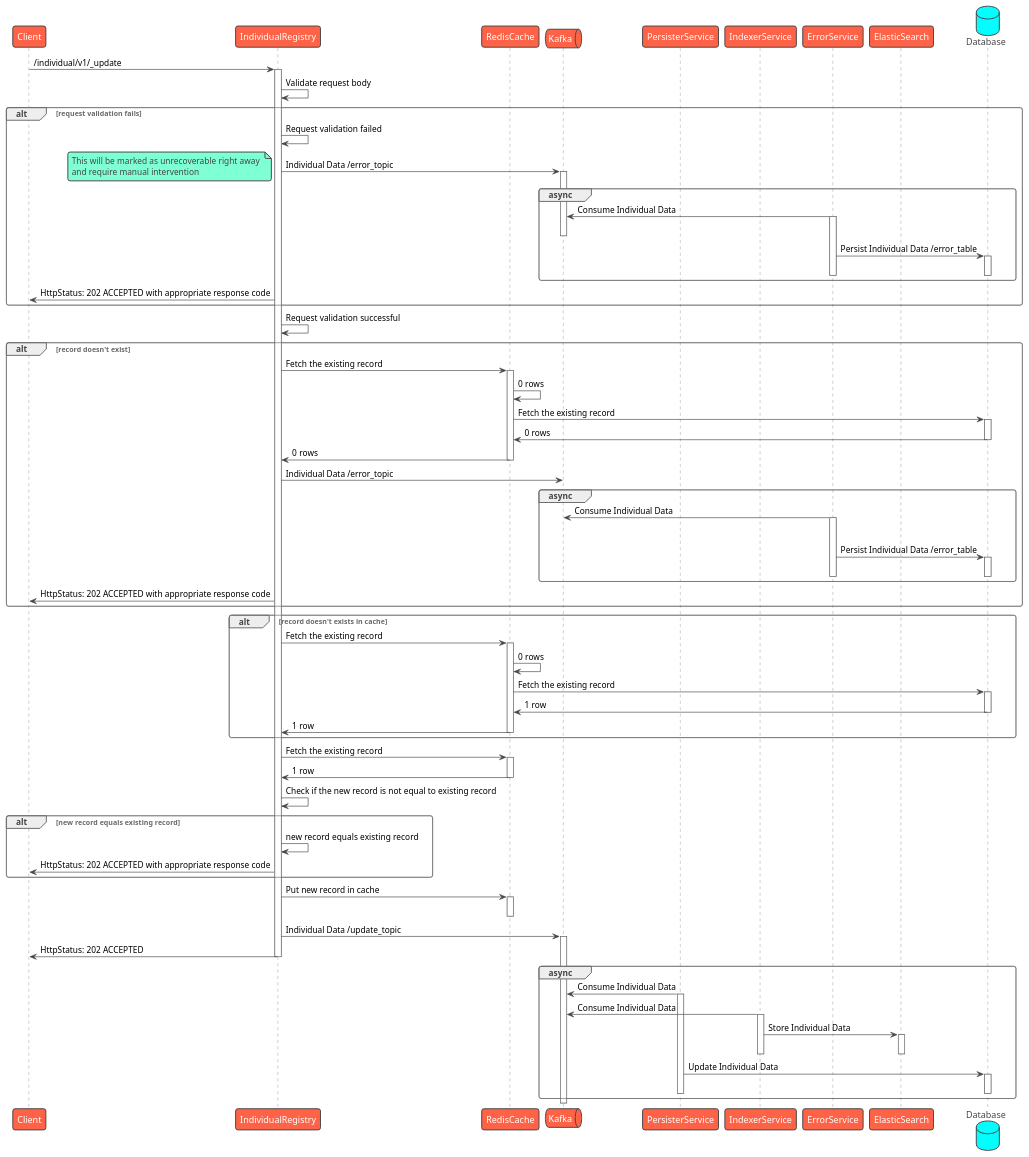
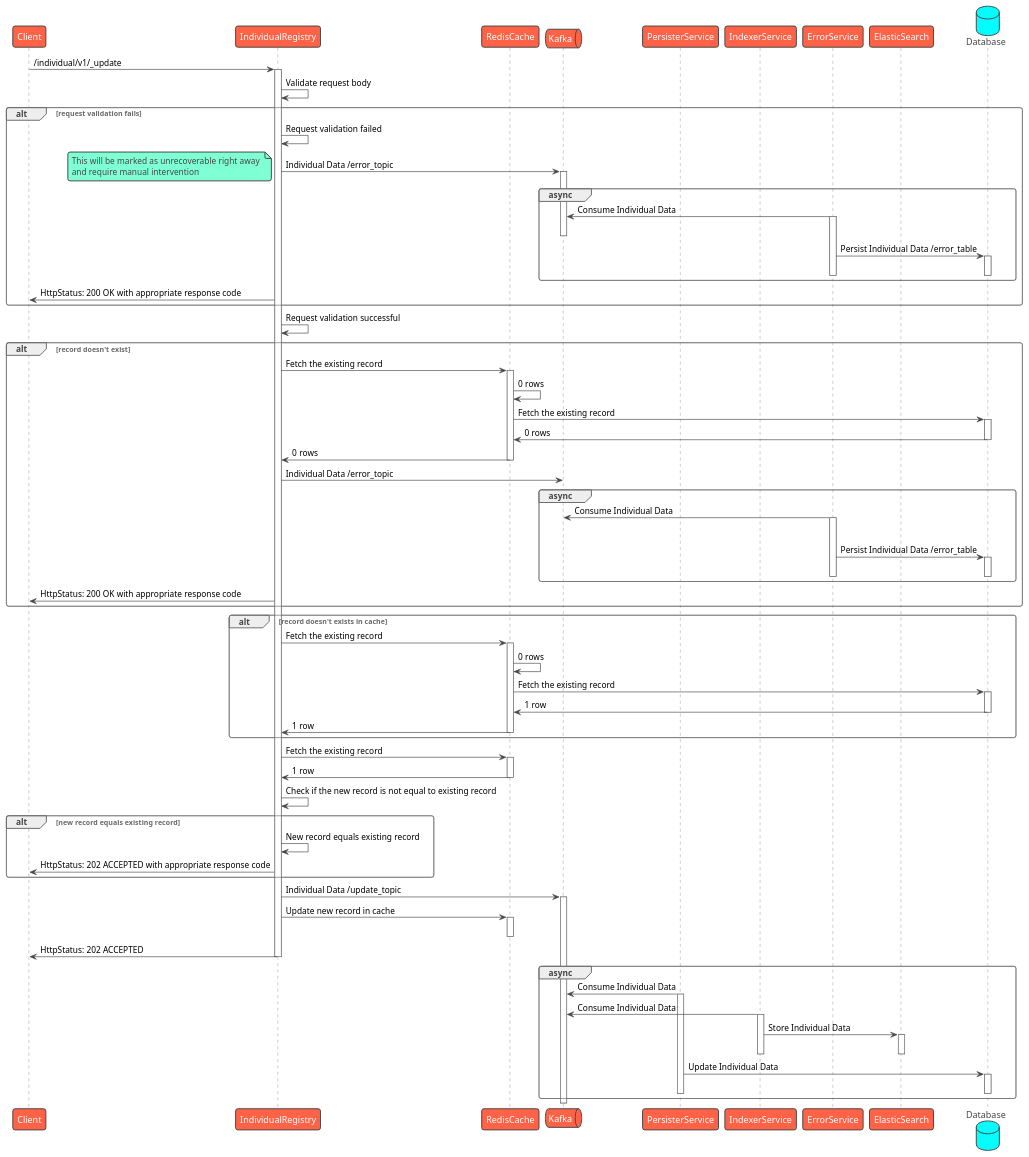
One commit to egovernments/health-api-specs changed the diagram in contracts/registries/individual/sequence/update.puml. Above: the diagram before and after it, drawn with PlantUML. The commit also changed 4 other files, not shown here.

Commit message:
Sequence: Sending 200 OK in case of any caught error

```diff
--- a/contracts/registries/individual/sequence/update.puml
+++ b/contracts/registries/individual/sequence/update.puml
@@ -1,99 +1,99 @@
 @startuml Individual Registry - Update
 !theme vibrant
 participant Client as c
 participant IndividualRegistry as ir
 participant RedisCache as rc
 queue Kafka as k
 participant PersisterService as prs
 participant IndexerService as idx
 participant ErrorService as es
 participant ElasticSearch as el
 database Database as db
 c -> ir : /individual/v1/_update
 activate ir
 ir -> ir: Validate request body
 alt request validation fails
     ir -> ir: Request validation failed
     ir -> k: Individual Data /error_topic
     note left
         This will be marked as unrecoverable right away 
         and require manual intervention
     end note
     activate k
     group async
         es -> k: Consume Individual Data
         activate es
         deactivate k
         es -> db: Persist Individual Data /error_table
         activate db
         deactivate db
         deactivate es
     end
-    ir -> c: HttpStatus: 202 ACCEPTED with appropriate response code
+    ir -> c: HttpStatus: 200 OK with appropriate response code
 end
 ir -> ir: Request validation successful
 alt record doesn't exist
     ir -> rc: Fetch the existing record
     activate rc
     rc -> rc: 0 rows
     rc -> db: Fetch the existing record
     activate db
     db -> rc: 0 rows
     deactivate db
     rc -> ir: 0 rows
     deactivate rc
     ir -> k: Individual Data /error_topic
     group async
         es -> k: Consume Individual Data
         activate es
         deactivate k
         es -> db: Persist Individual Data /error_table
         activate db
         deactivate db
         deactivate es
     end
-    ir -> c: HttpStatus: 202 ACCEPTED with appropriate response code
+    ir -> c: HttpStatus: 200 OK with appropriate response code
 end
 alt record doesn't exists in cache
     ir -> rc: Fetch the existing record
     activate rc
     rc -> rc: 0 rows
     rc -> db: Fetch the existing record
     activate db
     db -> rc: 1 row
     deactivate db
     rc -> ir: 1 row
     deactivate rc
 end
 ir -> rc: Fetch the existing record
 activate rc
 rc -> ir: 1 row
 deactivate rc
 ir -> ir: Check if the new record is not equal to existing record
 alt new record equals existing record
-    ir -> ir: new record equals existing record
+    ir -> ir: New record equals existing record
     ir -> c: HttpStatus: 202 ACCEPTED with appropriate response code
 end
-ir -> rc: Put new record in cache
+ir -> k: Individual Data /update_topic
+activate k
+ir -> rc: Update new record in cache
 activate rc
 deactivate rc
-ir -> k: Individual Data /update_topic
-activate k
 ir -> c: HttpStatus: 202 ACCEPTED
 deactivate ir
 group async
     prs -> k: Consume Individual Data
     activate prs
     idx -> k: Consume Individual Data
     activate idx
     idx -> el: Store Individual Data
     activate el
     deactivate el
     deactivate idx
     prs -> db: Update Individual Data
     activate db
     deactivate db
     deactivate prs
 end
 deactivate k
 @enduml
```
